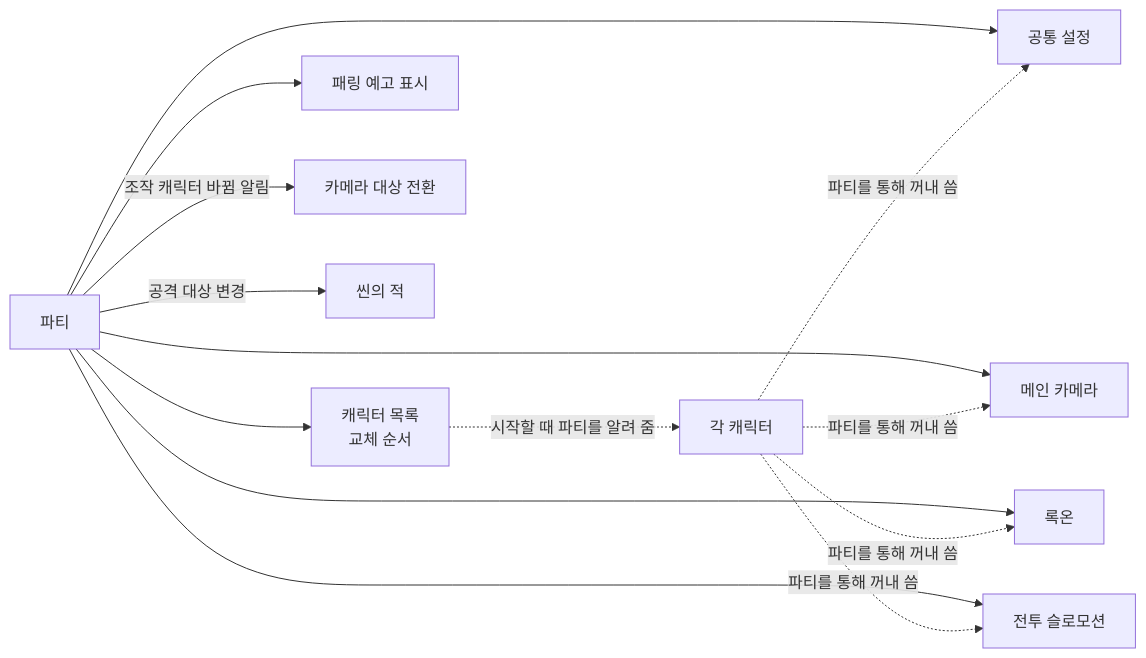
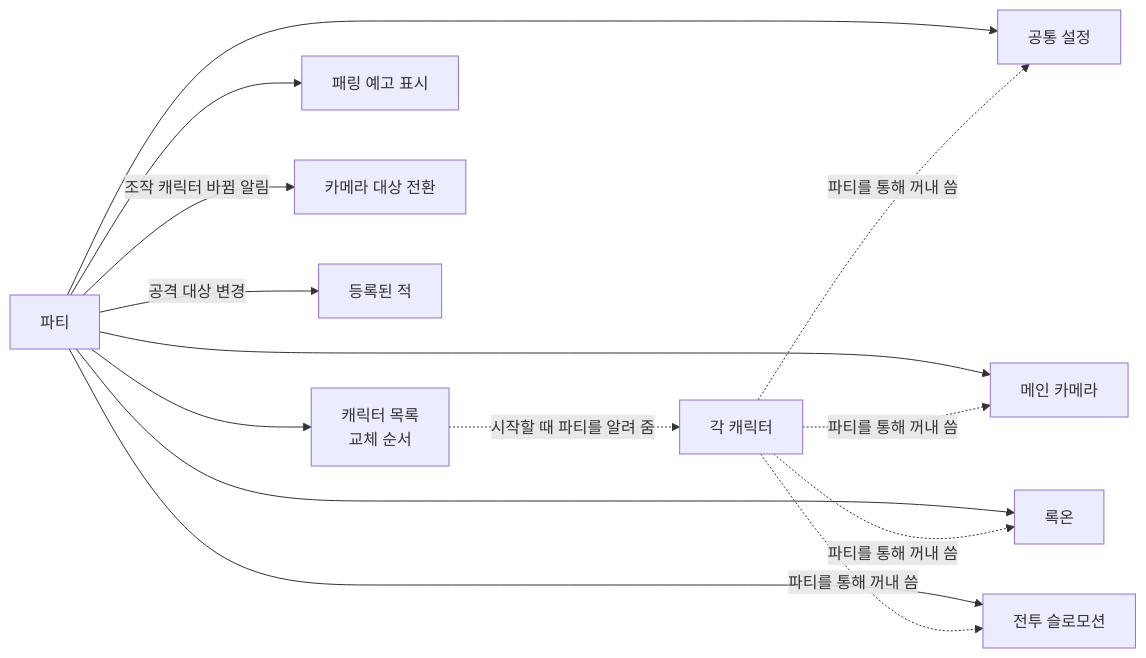
Before and after one commit to SquashPrince/Develrocket_mp15_HHH: the first of 5 diagrams in Docs/Technical/Player/PlayerParty.md, drawn with Mermaid. The commit also changed other lines of this file and 10 other files, not shown here.

````diff
--- a/Docs/Technical/Player/PlayerParty.md
+++ b/Docs/Technical/Player/PlayerParty.md
@@ -22,13 +23,13 @@
 ```mermaid
 flowchart LR
     P["파티"] --> M["캐릭터 목록<br>교체 순서"]
     P --> CS["공통 설정"]
     P --> CAM["메인 카메라"]
     P --> LO["록온"]
     P --> SM["전투 슬로모션"]
     P --> TV["패링 예고 표시"]
     M -.->|"시작할 때 파티를 알려 줌"| C["각 캐릭터"]
     C -.->|"파티를 통해 꺼내 씀"| CS & CAM & LO & SM
     P -->|"조작 캐릭터 바뀜 알림"| SW["카메라 대상 전환"]
-    P -->|"공격 대상 변경"| E["씬의 적"]
+    P -->|"공격 대상 변경"| E["등록된 적"]
 ```
````
